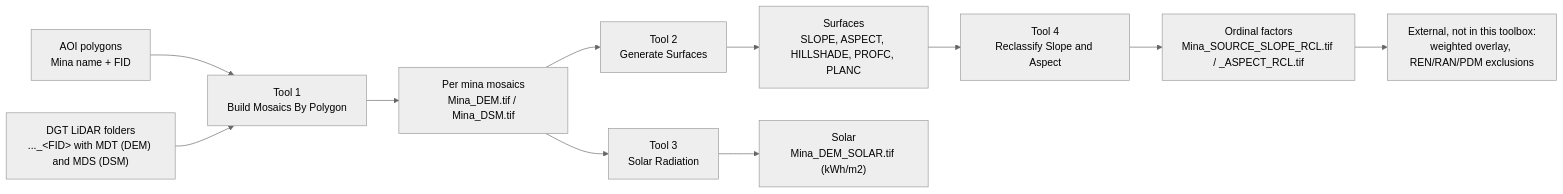
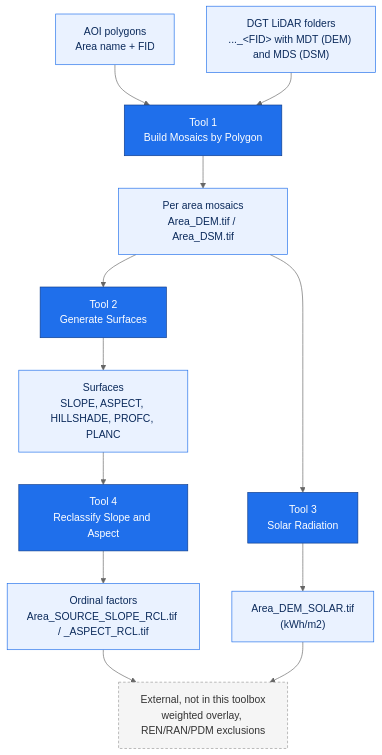
The diagram in README.md (PedroMMGoncalves/lidar-terrain-arcgis-tools), drawn with Mermaid (neutral theme) before and after one commit. The commit also changed other lines of this file and 1 other file, not shown here.

First line of the commit message:
Generalize Mina to Area and rename the toolbox file

````diff
--- a/README.md
+++ b/README.md
@@ -37,13 +37,24 @@
 ```mermaid
-flowchart LR
-    AOI["AOI polygons<br/>Mina name + FID"] --> T1["Tool 1<br/>Build Mosaics By Polygon"]
-    LID["DGT LiDAR folders<br/>..._&lt;FID&gt; with MDT (DEM) and MDS (DSM)"] --> T1
-    T1 --> M["Per mina mosaics<br/>Mina_DEM.tif / Mina_DSM.tif"]
+flowchart TD
+    AOI["AOI polygons<br/>Area name + FID"]
+    LID["DGT LiDAR folders<br/>..._&lt;FID&gt; with MDT (DEM) and MDS (DSM)"]
+    AOI --> T1
+    LID --> T1
+    T1["Tool 1<br/>Build Mosaics by Polygon"]
+    T1 --> M["Per area mosaics<br/>Area_DEM.tif / Area_DSM.tif"]
     M --> T2["Tool 2<br/>Generate Surfaces"]
     M --> T3["Tool 3<br/>Solar Radiation"]
     T2 --> S["Surfaces<br/>SLOPE, ASPECT, HILLSHADE, PROFC, PLANC"]
-    T3 --> SOL["Solar<br/>Mina_DEM_SOLAR.tif (kWh/m2)"]
+    T3 --> SOL["Area_DEM_SOLAR.tif<br/>(kWh/m2)"]
     S --> T4["Tool 4<br/>Reclassify Slope and Aspect"]
-    T4 --> R["Ordinal factors<br/>Mina_SOURCE_SLOPE_RCL.tif / _ASPECT_RCL.tif"]
-    R --> EXT["External, not in this toolbox:<br/>weighted overlay, REN/RAN/PDM exclusions"]
+    T4 --> RCL["Ordinal factors<br/>Area_SOURCE_SLOPE_RCL.tif / _ASPECT_RCL.tif"]
+    RCL --> EXT["External, not in this toolbox<br/>weighted overlay, REN/RAN/PDM exclusions"]
+    SOL --> EXT
+
+    classDef tool fill:#1f6feb,stroke:#0d3b8a,color:#ffffff;
+    classDef data fill:#eaf2ff,stroke:#1f6feb,color:#0b2a5b;
+    classDef ext fill:#f5f5f5,stroke:#999999,color:#333333,stroke-dasharray:4 3;
+    class T1,T2,T3,T4 tool;
+    class AOI,LID,M,S,SOL,RCL data;
+    class EXT ext;
 ```
````
